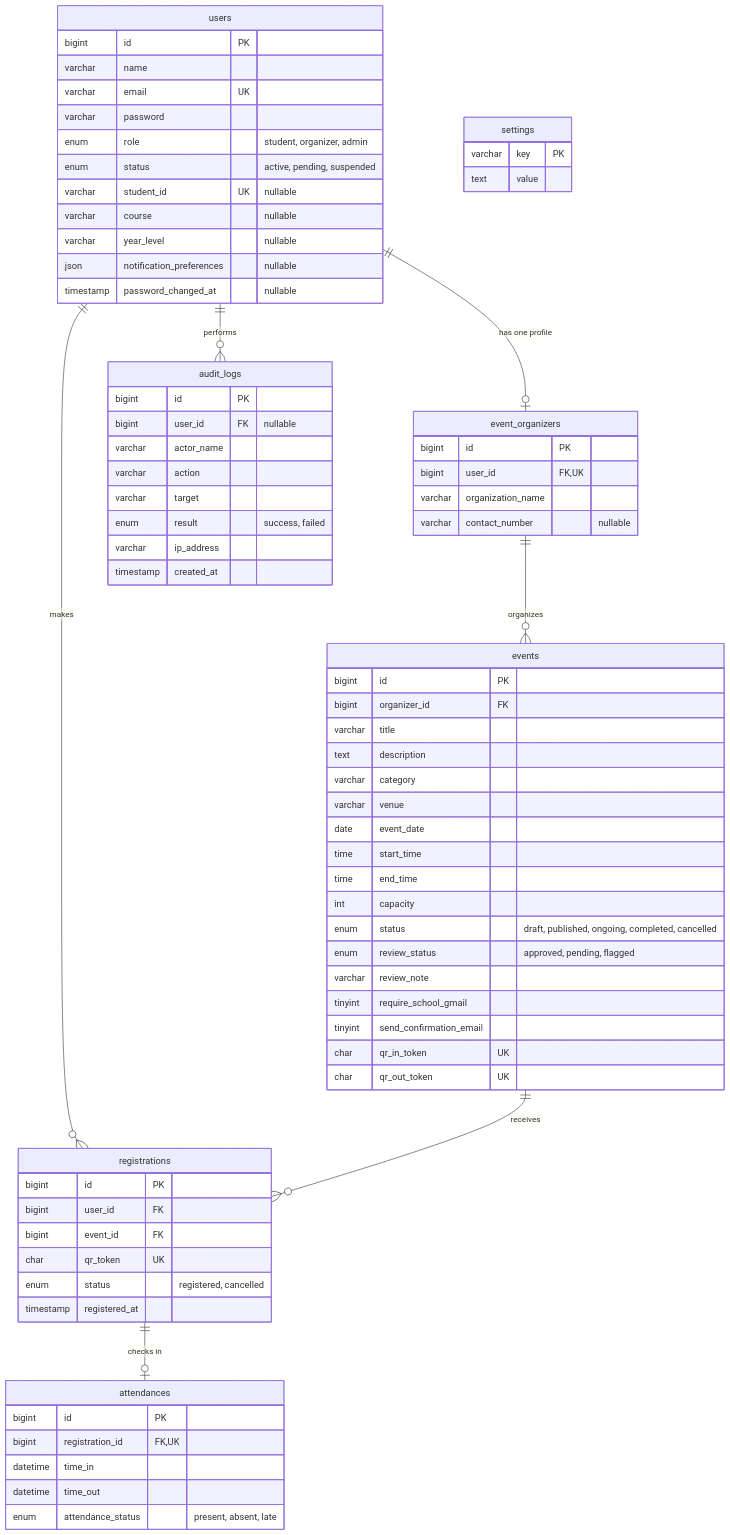
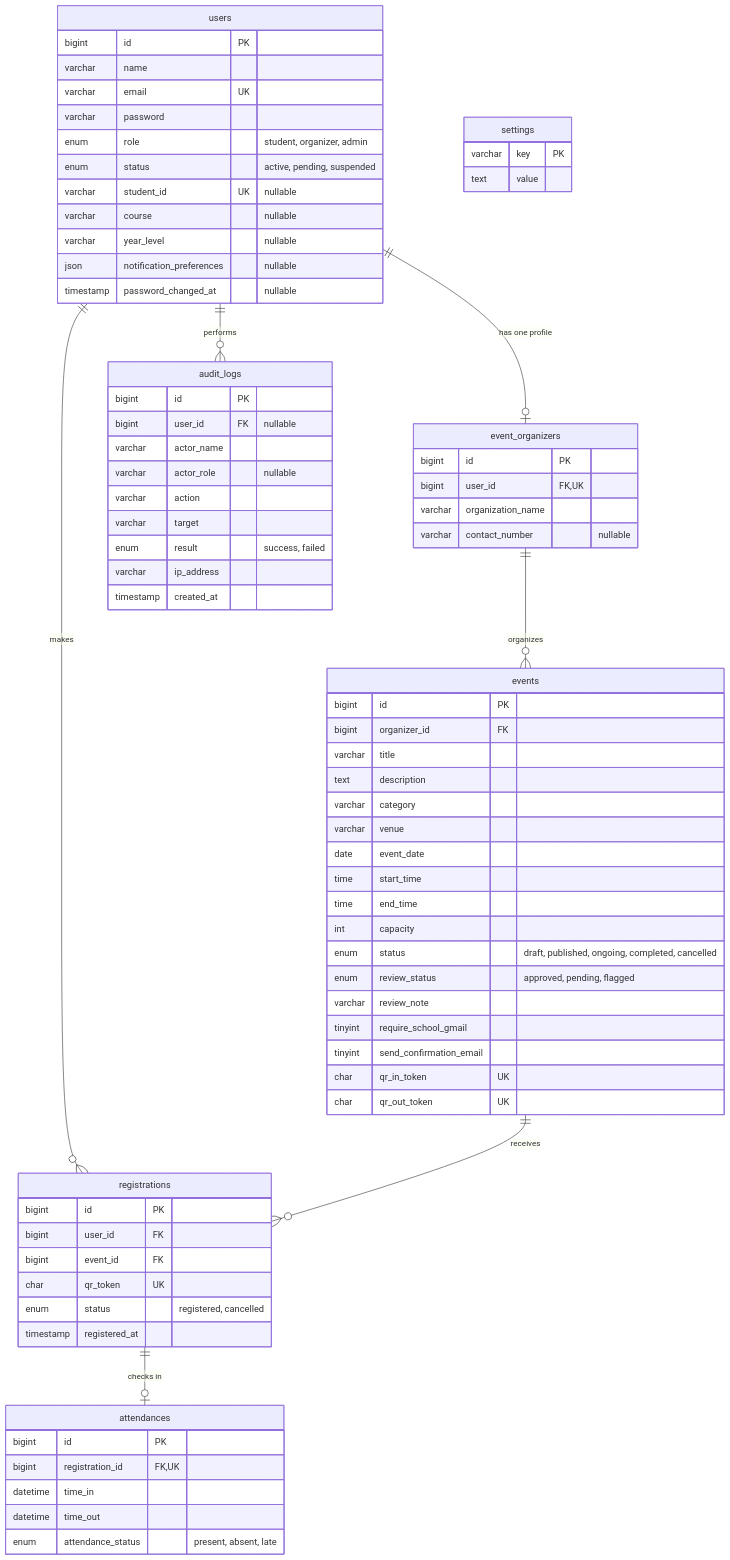
Before and after one commit to khanedith13/attendly: the diagram in docs/database/schema-decisions.md, drawn with Mermaid. The commit also changed other lines of this file and 2 other files, not shown here.

````diff
--- a/docs/database/schema-decisions.md
+++ b/docs/database/schema-decisions.md
@@ -10,77 +10,78 @@
 ```mermaid
 erDiagram
     users ||--o| event_organizers : "has one profile"
     event_organizers ||--o{ events : organizes
     users ||--o{ registrations : makes
     events ||--o{ registrations : receives
     registrations ||--o| attendances : "checks in"
     users ||--o{ audit_logs : performs
 
     users {
         bigint id PK
         varchar name
         varchar email UK
         varchar password
         enum role "student, organizer, admin"
         enum status "active, pending, suspended"
         varchar student_id UK "nullable"
         varchar course "nullable"
         varchar year_level "nullable"
         json notification_preferences "nullable"
         timestamp password_changed_at "nullable"
     }
     event_organizers {
         bigint id PK
         bigint user_id FK, UK
         varchar organization_name
         varchar contact_number "nullable"
     }
     events {
         bigint id PK
         bigint organizer_id FK
         varchar title
         text description
         varchar category
         varchar venue
         date event_date
         time start_time
         time end_time
         int capacity
         enum status "draft, published, ongoing, completed, cancelled"
         enum review_status "approved, pending, flagged"
         varchar review_note
         tinyint require_school_gmail
         tinyint send_confirmation_email
         char qr_in_token UK
         char qr_out_token UK
     }
     registrations {
         bigint id PK
         bigint user_id FK
         bigint event_id FK
         char qr_token UK
         enum status "registered, cancelled"
         timestamp registered_at
     }
     attendances {
         bigint id PK
         bigint registration_id FK, UK
         datetime time_in
         datetime time_out
         enum attendance_status "present, absent, late"
     }
     settings {
         varchar key PK
         text value
     }
     audit_logs {
         bigint id PK
         bigint user_id FK "nullable"
         varchar actor_name
+        varchar actor_role "nullable"
         varchar action
         varchar target
         enum result "success, failed"
         varchar ip_address
         timestamp created_at
     }
 ```
````
